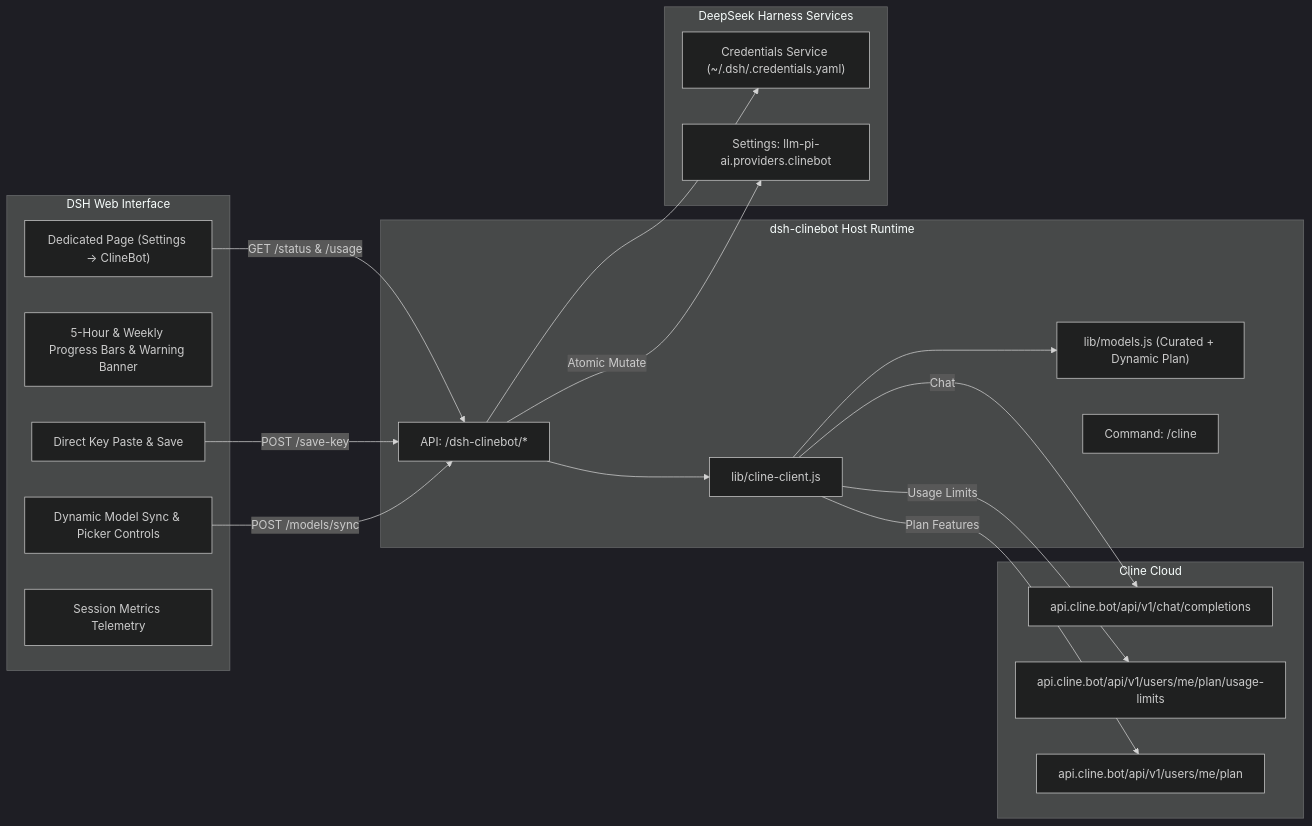
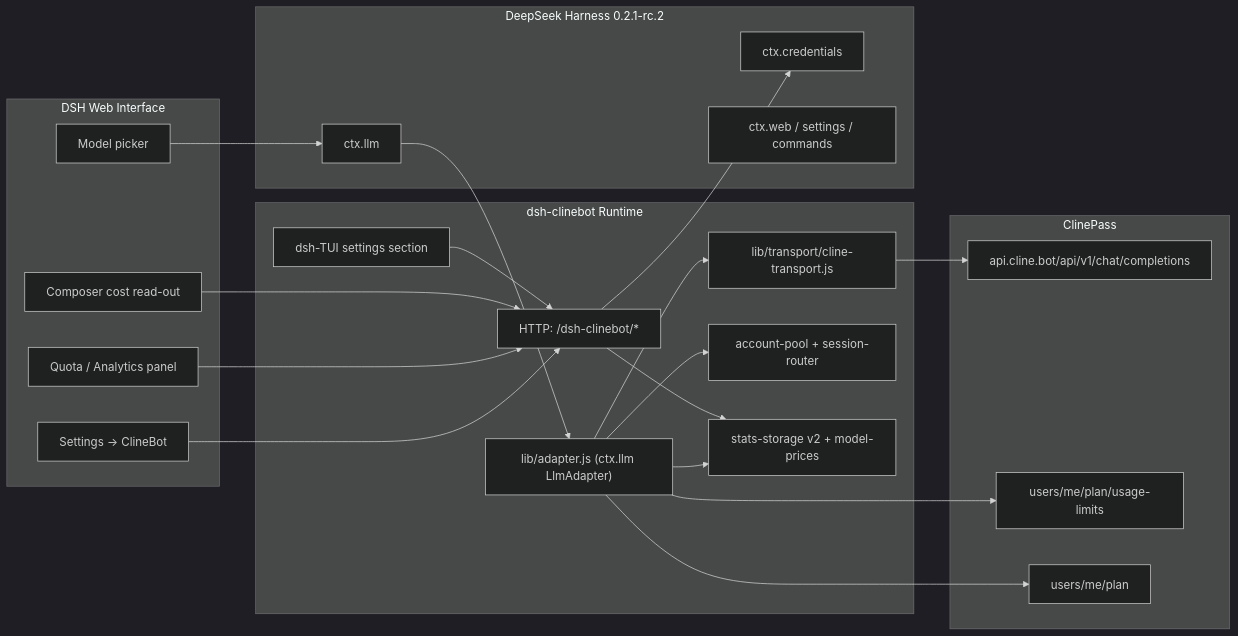
One commit to GooDAnDReaDY/dsh-clinebot changed the diagram in README.md. Above: the diagram before and after it, drawn with Mermaid (dark theme). The commit also changed other lines of this file and 70 other files, not shown here.

````diff
--- a/README.md
+++ b/README.md
@@ -66,39 +68,45 @@
 ```mermaid
 graph LR
     subgraph UI [DSH Web Interface]
-        Page["Dedicated Page (Settings -> ClineBot)"]
-        QuotaBar["5-Hour & Weekly Progress Bars & Warning Banner"]
-        KeyInput["Direct Key Paste & Save"]
-        ModelPick["Dynamic Model Sync & Picker Controls"]
-        StatsCard["Session Metrics Telemetry"]
+        Settings["Settings -> ClineBot"]
+        Dashboard["Quota / Analytics panel"]
+        Composer["Composer cost read-out"]
+        Picker["Model picker"]
     end
 
-    subgraph PluginHost [dsh-clinebot Host Runtime]
-        HttpEndpoints["API: /dsh-clinebot/*"]
-        ClientCore["lib/cline-client.js"]
-        ModelCatalog["lib/models.js (Curated + Dynamic Plan)"]
-        SlashCmd["Command: /cline"]
+    subgraph PluginHost [dsh-clinebot Runtime]
+        Routes["HTTP: /dsh-clinebot/*"]
+        Adapter["lib/adapter.js (ctx.llm LlmAdapter)"]
+        Transport["lib/transport/cline-transport.js"]
+        Pool["account-pool + session-router"]
+        Stats["stats-storage v2 + model-prices"]
+        TUI["dsh-TUI settings section"]
     end
 
-    subgraph DSHCore [DeepSeek Harness Services]
-        Credentials["Credentials Service (~/.dsh/.credentials.yaml)"]
-        PiAi["Settings: llm-pi-ai.providers.clinebot"]
+    subgraph DSHCore [DeepSeek Harness 0.2.1-rc.2]
+        Llm["ctx.llm"]
+        Credentials["ctx.credentials"]
+        Web["ctx.web / settings / commands"]
     end
 
-    subgraph Upstream [Cline Cloud]
-        ClinePass["api.cline.bot/api/v1/chat/completions"]
-        ClineQuota["api.cline.bot/api/v1/users/me/plan/usage-limits"]
-        ClinePlan["api.cline.bot/api/v1/users/me/plan"]
+    subgraph Upstream [ClinePass]
+        Chat["api.cline.bot/api/v1/chat/completions"]
+        Quota["users/me/plan/usage-limits"]
+        Plan["users/me/plan"]
     end
 
-    Page -->|GET /status & /usage| HttpEndpoints
-    KeyInput -->|POST /save-key| HttpEndpoints
-    ModelPick -->|POST /models/sync| HttpEndpoints
-    HttpEndpoints --> Credentials
-    HttpEndpoints --> ClientCore
-    ClientCore --> ModelCatalog
-    HttpEndpoints -->|Atomic Mutate| PiAi
-    ClientCore -->|Chat| ClinePass
-    ClientCore -->|Usage Limits| ClineQuota
-    ClientCore -->|Plan Features| ClinePlan
+    Settings --> Routes
+    Dashboard --> Routes
+    Composer --> Routes
+    Picker --> Llm
+    Llm --> Adapter
+    Adapter --> Pool
+    Adapter --> Transport
+    Transport --> Chat
+    Adapter --> Stats
+    Routes --> Stats
+    Routes --> Credentials
+    TUI --> Routes
+    Adapter --> Quota
+    Adapter --> Plan
 ```
````
